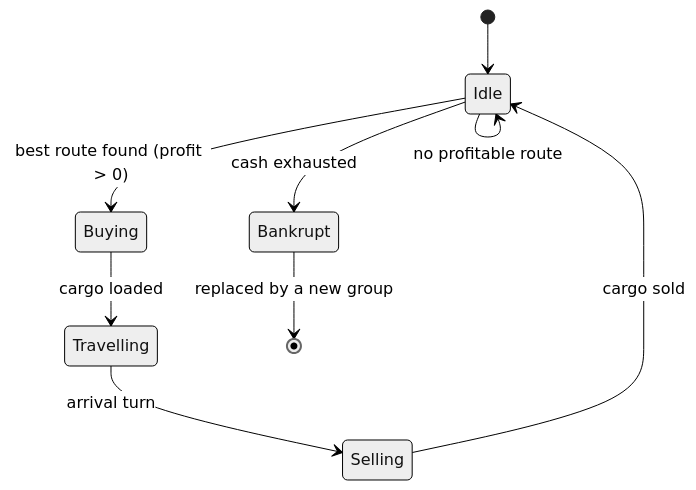
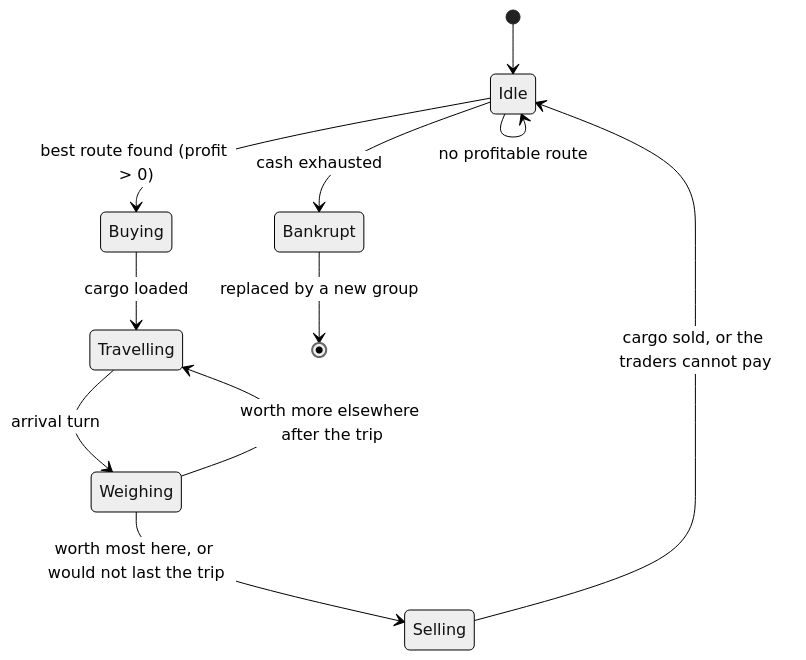
The diagram in Docs/GDD/systems/SYS_MERCHANTS.md (Semel-0421/Fantasy-Economic-Simulator), drawn with Mermaid (neutral theme) before and after one commit. The commit also changed other lines of this file and 60 other files, not shown here.

````diff
--- a/Docs/GDD/systems/SYS_MERCHANTS.md
+++ b/Docs/GDD/systems/SYS_MERCHANTS.md
@@ -68,11 +71,13 @@
 ```mermaid
 stateDiagram-v2
     [*] --> Idle
     Idle --> Buying: best route found (profit > 0)
     Buying --> Travelling: cargo loaded
-    Travelling --> Selling: arrival turn
-    Selling --> Idle: cargo sold
+    Travelling --> Weighing: arrival turn
+    Weighing --> Selling: worth most here, or would not last the trip
+    Weighing --> Travelling: worth more elsewhere after the trip
+    Selling --> Idle: cargo sold, or the traders cannot pay
     Idle --> Idle: no profitable route
     Idle --> Bankrupt: cash exhausted
     Bankrupt --> [*]: replaced by a new group
 ```
````
